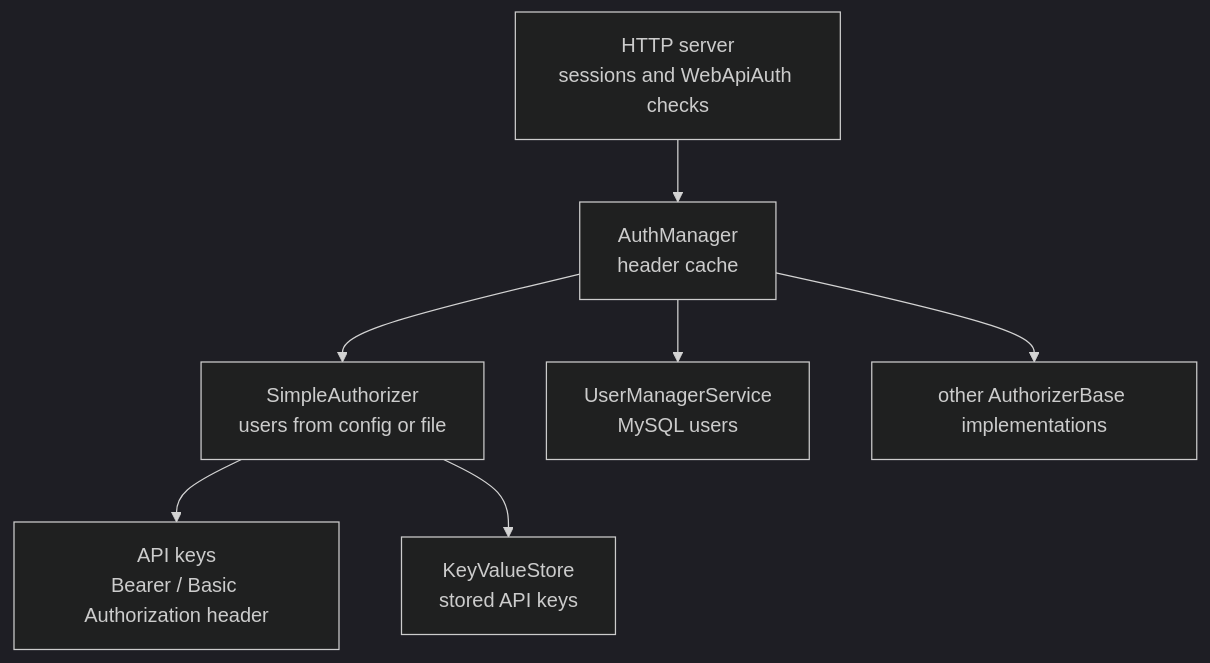
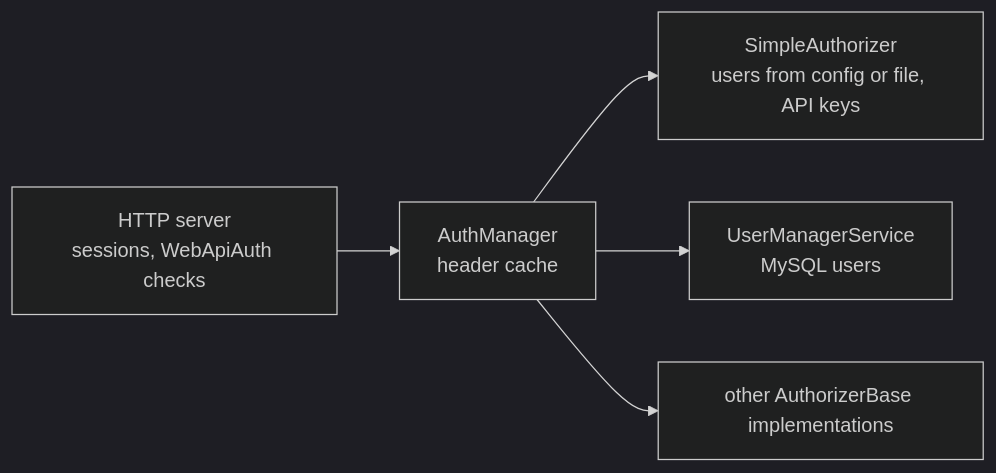
One commit to dosh1974/SysWeaver changed the diagram in SysWeaver.Auth.Core/README.md. Above: the diagram before and after it, drawn with Mermaid (dark theme). The commit also changed other lines of this file and 532 other files, not shown here.

````diff
--- a/SysWeaver.Auth.Core/README.md
+++ b/SysWeaver.Auth.Core/README.md
@@ -18,9 +18,7 @@
 ```mermaid
-flowchart TB
-  Http["HTTP server<br/>sessions and WebApiAuth checks"] --> AM["AuthManager<br/>header cache"]
-  AM --> A1["SimpleAuthorizer<br/>users from config or file"]
+flowchart LR
+  Http["HTTP server<br/>sessions, WebApiAuth checks"] --> AM["AuthManager<br/>header cache"]
+  AM --> A1["SimpleAuthorizer<br/>users from config or file, API keys"]
   AM --> A2["UserManagerService<br/>MySQL users"]
   AM --> A3["other AuthorizerBase implementations"]
-  A1 --> Keys["API keys<br/>Bearer / Basic Authorization header"]
-  A1 --> KVS["KeyValueStore<br/>stored API keys"]
 ```
````
